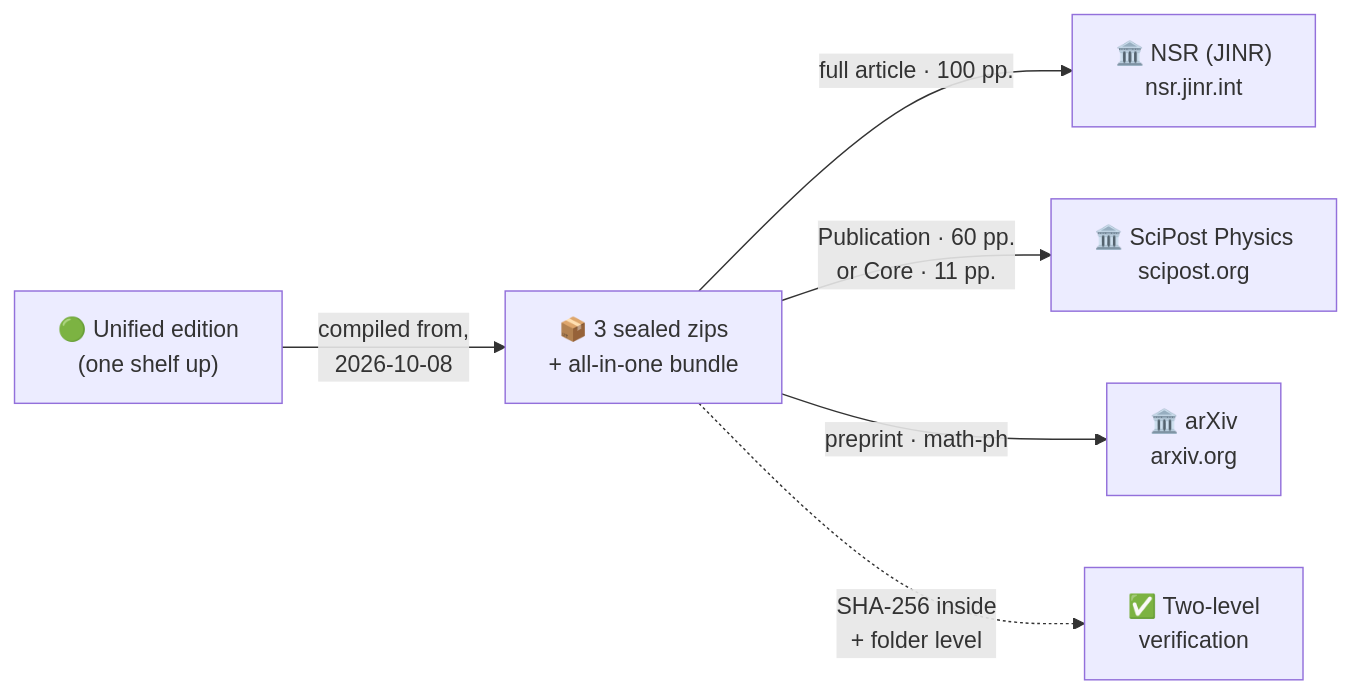
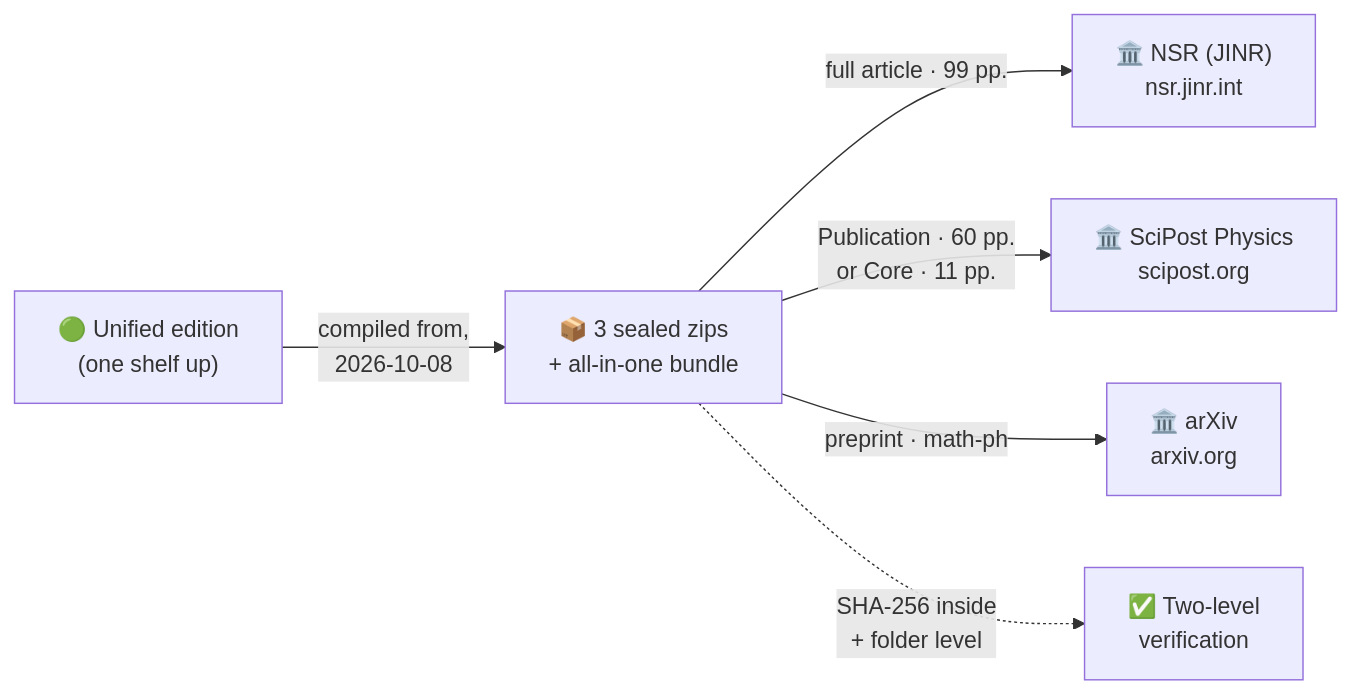
One commit to wild8highlander/ab-cloud-research changed the diagram in AB_Cloud_Academic_Package/Journal/README.md. Above: the diagram before and after it, drawn with Mermaid. The commit also changed other lines of this file and 15 other files, not shown here.

````diff
--- a/AB_Cloud_Academic_Package/Journal/README.md
+++ b/AB_Cloud_Academic_Package/Journal/README.md
@@ -83,8 +84,8 @@
 ```mermaid
 graph LR
 E["🟢 Unified edition<br/>(one shelf up)"] -->|"compiled from,<br/>2026-10-08"| Z["📦 3 sealed zips<br/>+ all-in-one bundle"]
-Z -->|"full article · 100 pp."| V1["🏛️ NSR (JINR)<br/>nsr.jinr.int"]
+Z -->|"full article · 99 pp."| V1["🏛️ NSR (JINR)<br/>nsr.jinr.int"]
 Z -->|"Publication · 60 pp.<br/>or Core · 11 pp."| V2["🏛️ SciPost Physics<br/>scipost.org"]
 Z -->|"preprint · math-ph"| V3["🏛️ arXiv<br/>arxiv.org"]
 Z -.->|"SHA-256 inside<br/>+ folder level"| X["✅ Two-level<br/>verification"]
 ```
````
